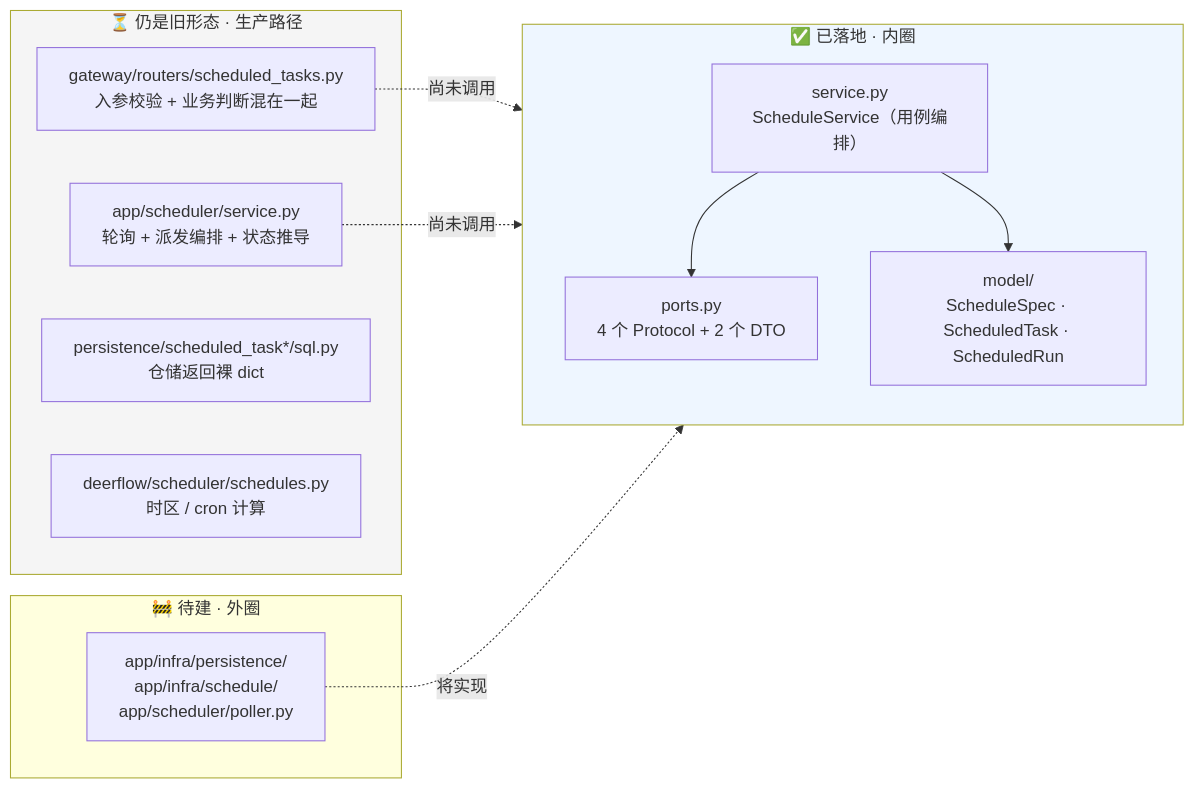
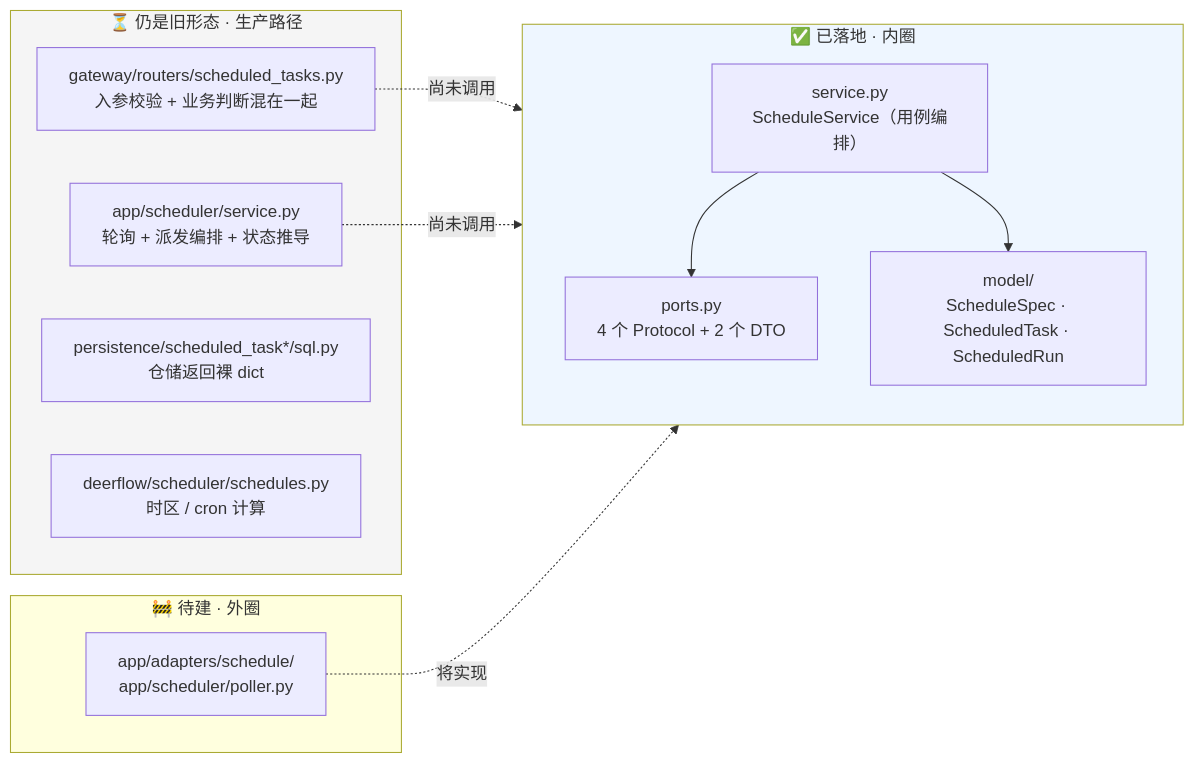
One commit to bytedance/deer-flow changed the first of 6 diagrams in backend/docs/SCHEDULE_DESIGN_zh.md. Above: the diagram before and after it, drawn with Mermaid. The commit also changed other lines of this file and 9 other files, not shown here.

````diff
--- a/backend/docs/SCHEDULE_DESIGN_zh.md
+++ b/backend/docs/SCHEDULE_DESIGN_zh.md
@@ -47,27 +47,27 @@
 ```mermaid
 flowchart LR
     subgraph NEW["✅ 已落地 · 内圈"]
         direction TB
         SV["service.py<br/>ScheduleService（用例编排）"]
         PO["ports.py<br/>4 个 Protocol + 2 个 DTO"]
         M["model/<br/>ScheduleSpec · ScheduledTask · ScheduledRun"]
         SV --> PO
         SV --> M
     end
     subgraph OLD["⏳ 仍是旧形态 · 生产路径"]
         R["gateway/routers/scheduled_tasks.py<br/>入参校验 + 业务判断混在一起"]
         S["app/scheduler/service.py<br/>轮询 + 派发编排 + 状态推导"]
         P["persistence/scheduled_task*/sql.py<br/>仓储返回裸 dict"]
         C["deerflow/scheduler/schedules.py<br/>时区 / cron 计算"]
     end
     subgraph TODO["🚧 待建 · 外圈"]
-        AD["app/infra/persistence/<br/>app/infra/schedule/<br/>app/scheduler/poller.py"]
+        AD["app/adapters/schedule/<br/>app/scheduler/poller.py"]
     end
 
     R -.->|尚未调用| SV
     S -.->|尚未调用| SV
     AD -.->|将实现| PO
 
     style NEW fill:#eef6ff
     style OLD fill:#f5f5f5
 ```
````
